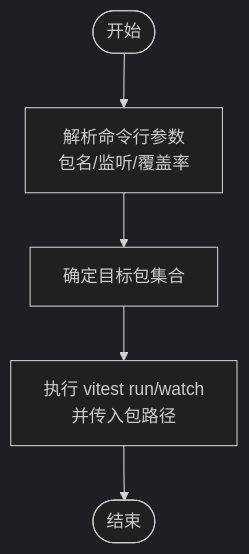
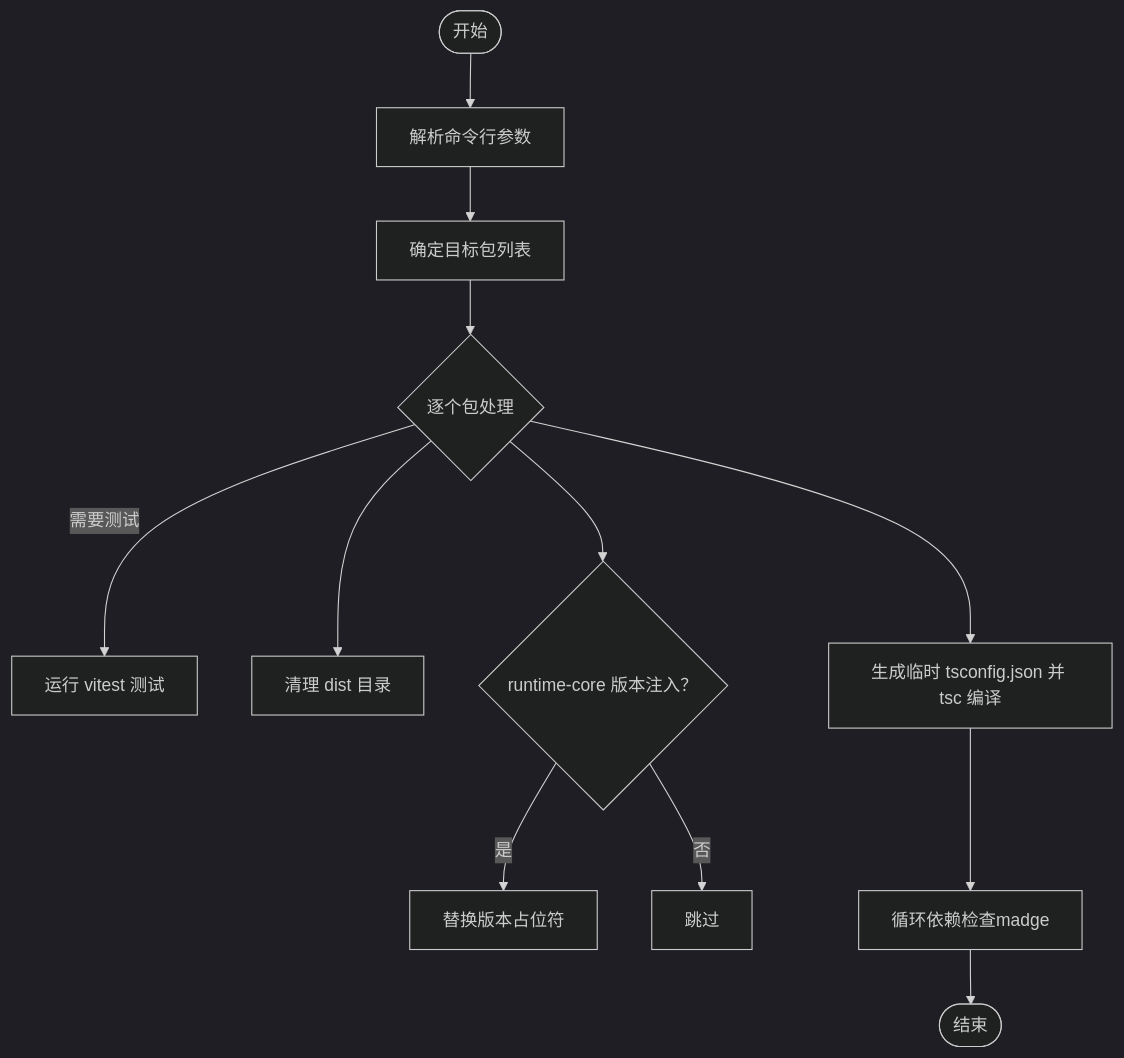
The third of 5 diagrams in .qoder/repowiki/zh/content/贡献指南.md (vitarx-lib/core), drawn with Mermaid (dark theme) before and after one commit. The commit also changed other lines of this file and 62 other files, not shown here.

````diff
--- a/.qoder/repowiki/zh/content/贡献指南.md
+++ b/.qoder/repowiki/zh/content/贡献指南.md
@@ -146,7 +129,14 @@
 ```mermaid
 flowchart TD
-Start(["开始"]) --> ParseArgs["解析命令行参数<br/>包名/监听/覆盖率"]
-ParseArgs --> GetPkgs["确定目标包集合"]
-GetPkgs --> RunCmd["执行 vitest run/watch<br/>并传入包路径"]
-RunCmd --> Done(["结束"])
+Start(["开始"]) --> ParseArgs["解析命令行参数"]
+ParseArgs --> ListPkgs["确定目标包列表"]
+ListPkgs --> ForEachPkg{"逐个包处理"}
+ForEachPkg --> |需要测试| RunTests["运行 vitest 测试"]
+ForEachPkg --> CleanDist["清理 dist 目录"]
+ForEachPkg --> TSC["生成临时 tsconfig.json 并 tsc 编译"]
+ForEachPkg --> VersionInject{"runtime-core 版本注入？"}
+VersionInject --> |是| Inject["替换版本占位符"]
+VersionInject --> |否| Skip["跳过"]
+TSC --> CheckCD["循环依赖检查madge"]
+CheckCD --> Done(["结束"])
 ```
````
